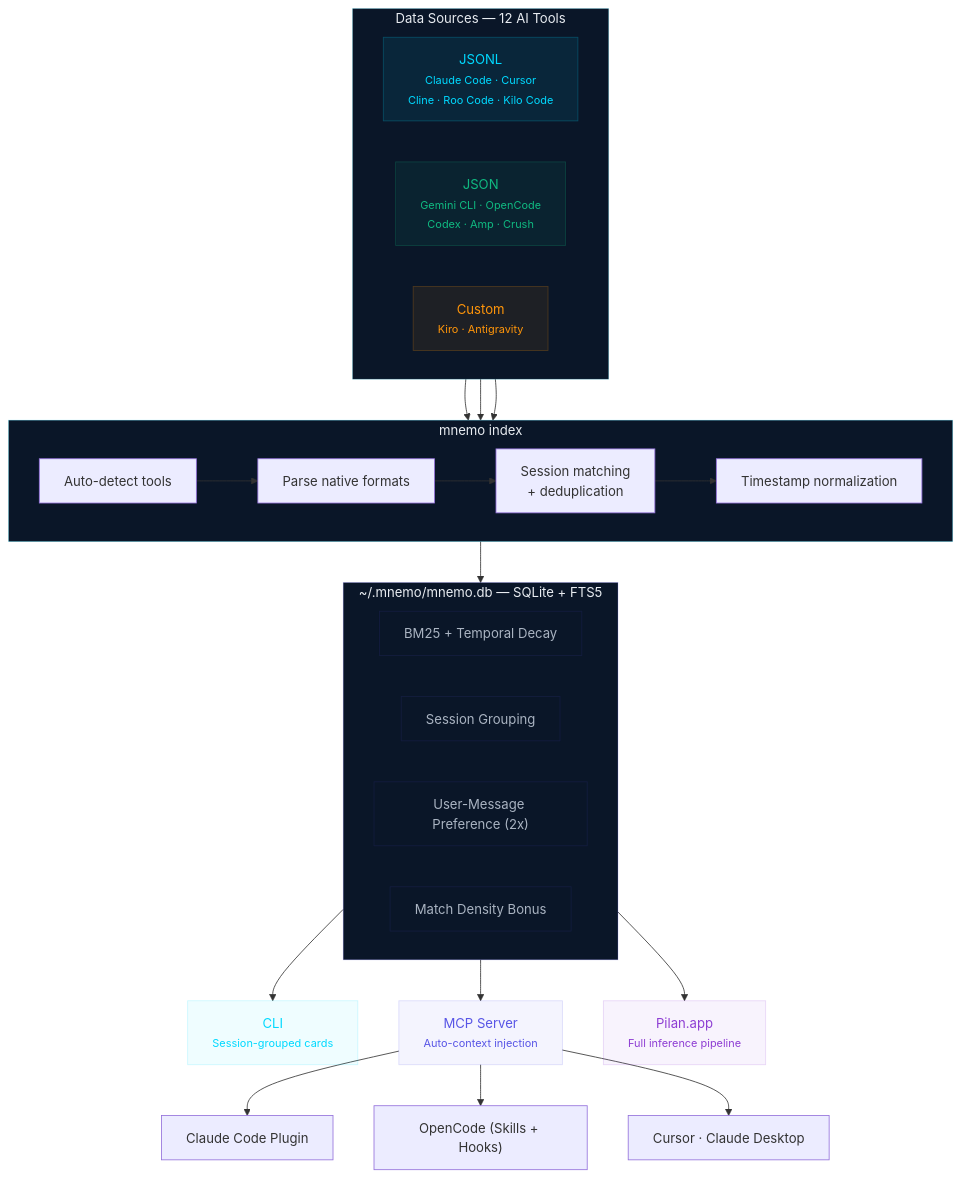
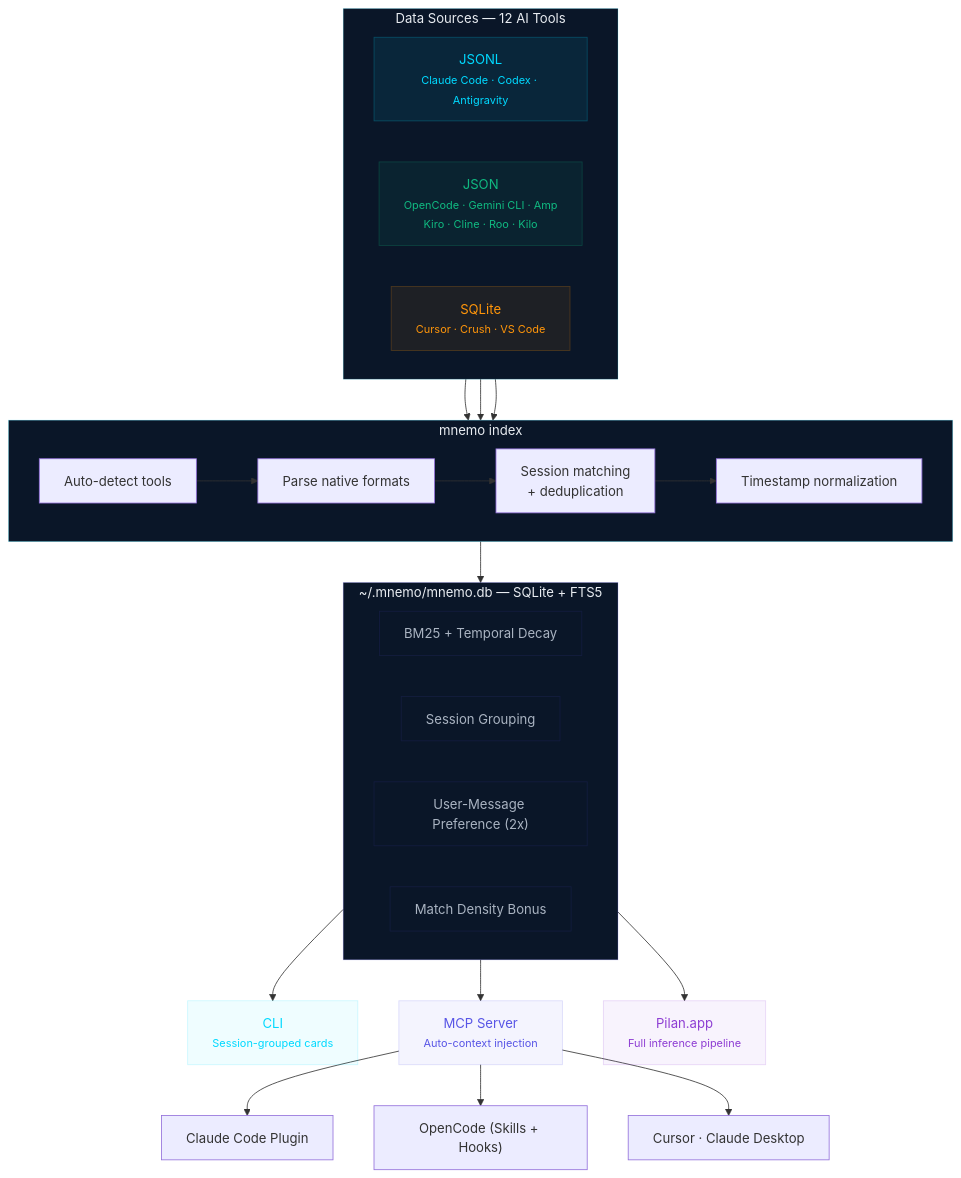
Before and after one commit to Pilan-AI/mnemo: the diagram in README.md, drawn with Mermaid. The commit also changed other lines of this file and 47 other files, not shown here.

````diff
--- a/README.md
+++ b/README.md
@@ -129,52 +130,52 @@
 ```mermaid
 graph TD
     subgraph inputs["Data Sources — 12 AI Tools"]
         direction LR
-        jsonl["JSONL<br/><small>Claude Code · Cursor<br/>Cline · Roo Code · Kilo Code</small>"]
-        json["JSON<br/><small>Gemini CLI · OpenCode<br/>Codex · Amp · Crush</small>"]
-        custom["Custom<br/><small>Kiro · Antigravity</small>"]
+        jsonl["JSONL<br/><small>Claude Code · Codex · Antigravity</small>"]
+        json["JSON<br/><small>OpenCode · Gemini CLI · Amp<br/>Kiro · Cline · Roo · Kilo</small>"]
+        sqlite["SQLite<br/><small>Cursor · Crush · VS Code</small>"]
     end
 
     subgraph indexer["mnemo index"]
         detect["Auto-detect tools"]
         parse["Parse native formats"]
         dedupe["Session matching<br/>+ deduplication"]
         normalize["Timestamp normalization"]
     end
 
     subgraph db["~/.mnemo/mnemo.db — SQLite + FTS5"]
         bm25["BM25 + Temporal Decay"]
         grouping["Session Grouping"]
         userweight["User-Message Preference (2x)"]
         density["Match Density Bonus"]
     end
 
     jsonl --> indexer
     json --> indexer
-    custom --> indexer
+    sqlite --> indexer
     detect --> parse --> dedupe --> normalize
 
     indexer --> db
 
     db --> cli["CLI<br/><small>Session-grouped cards</small>"]
     db --> mcp["MCP Server<br/><small>Auto-context injection</small>"]
     db --> pilan["Pilan.app<br/><small>Full inference pipeline</small>"]
 
     mcp --> cc["Claude Code Plugin"]
     mcp --> oc["OpenCode (Skills + Hooks)"]
     mcp --> clients["Cursor · Claude Desktop"]
 
     style inputs fill:#0a1628,stroke:#00D9FF30,color:#e8ecf1
     style indexer fill:#0a1628,stroke:#00D9FF40,color:#e8ecf1
     style db fill:#0a1628,stroke:#5855E640,color:#e8ecf1
     style jsonl fill:#00D9FF15,stroke:#00D9FF40,color:#00D9FF
     style json fill:#10B98115,stroke:#10B98140,color:#10B981
-    style custom fill:#FF950A15,stroke:#FF950A40,color:#FF950A
+    style sqlite fill:#FF950A15,stroke:#FF950A40,color:#FF950A
     style cli fill:#00D9FF10,stroke:#00D9FF30,color:#00D9FF
     style mcp fill:#5855E610,stroke:#5855E630,color:#5855E6
     style pilan fill:#8E3ED310,stroke:#8E3ED330,color:#8E3ED3
     style bm25 fill:#0a162800,stroke:#5855E620,color:#aab4c2
     style grouping fill:#0a162800,stroke:#5855E620,color:#aab4c2
     style userweight fill:#0a162800,stroke:#5855E620,color:#aab4c2
     style density fill:#0a162800,stroke:#5855E620,color:#aab4c2
 ```
````
